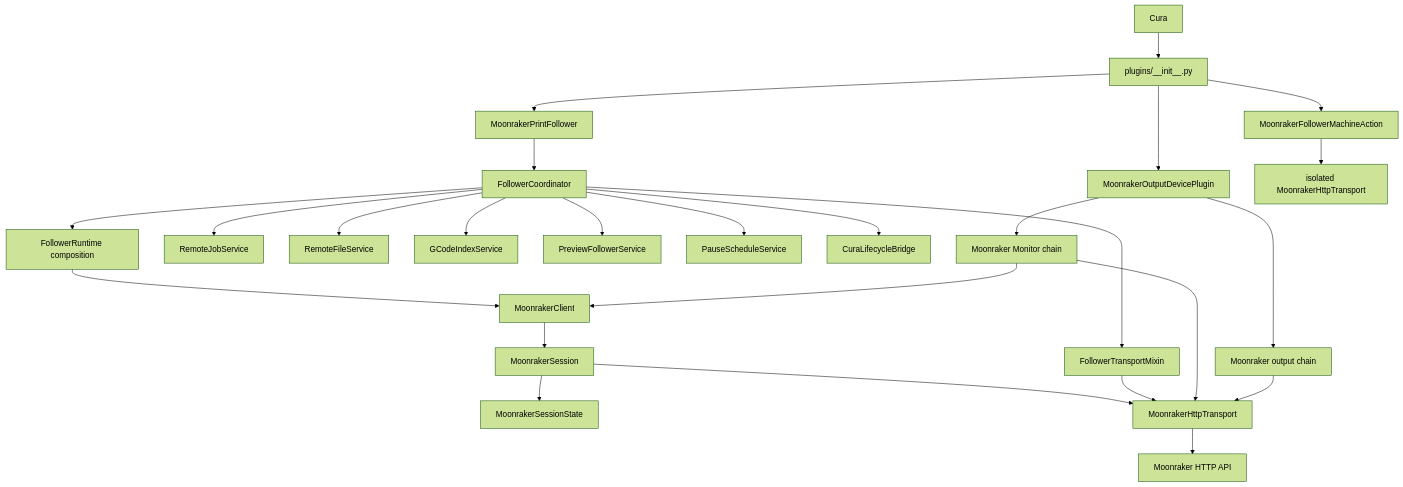
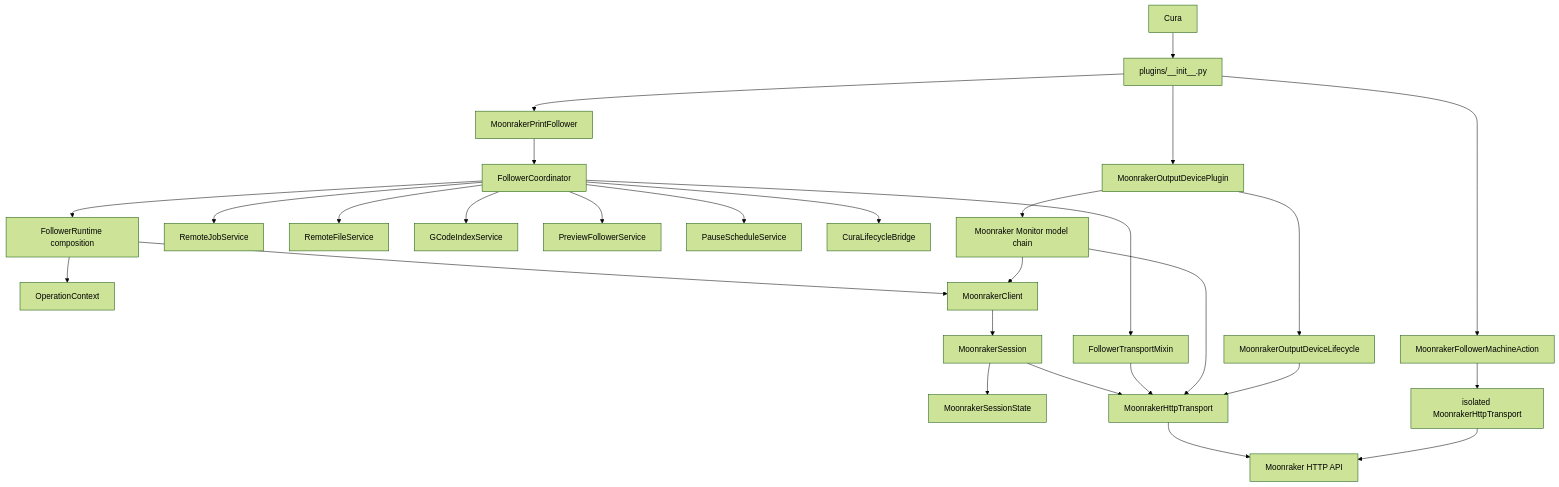
The first of 3 diagrams in ARCHITECTURE.md (shallax/MoonrakerPrintFollower), drawn with Mermaid (forest theme) before and after one commit. The commit also changed other lines of this file and 27 other files, not shown here.

````diff
--- a/ARCHITECTURE.md
+++ b/ARCHITECTURE.md
@@ -55,35 +60,37 @@
 ```mermaid
 flowchart TD
     Cura[Cura] --> Register[plugins/__init__.py]
 
     Register --> Facade[MoonrakerPrintFollower]
     Facade --> Coordinator[FollowerCoordinator]
     Coordinator --> Runtime[FollowerRuntime composition]
     Coordinator --> FollowerTransport[FollowerTransportMixin]
 
     Coordinator --> Job[RemoteJobService]
     Coordinator --> File[RemoteFileService]
     Coordinator --> Index[GCodeIndexService]
     Coordinator --> Preview[PreviewFollowerService]
     Coordinator --> Pause[PauseScheduleService]
     Coordinator --> Lifecycle[CuraLifecycleBridge]
 
+    Runtime --> Operation[OperationContext]
     Runtime --> Client[MoonrakerClient]
     Client --> Session[MoonrakerSession]
-    Session --> State[MoonrakerSessionState]
+    Session --> SessionState[MoonrakerSessionState]
     Session --> Transport[MoonrakerHttpTransport]
 
     Register --> OutputPlugin[MoonrakerOutputDevicePlugin]
-    OutputPlugin --> Output[Moonraker output chain]
-    OutputPlugin --> Monitor[Moonraker Monitor chain]
+    OutputPlugin --> Output[MoonrakerOutputDeviceLifecycle]
+    OutputPlugin --> Monitor[Moonraker Monitor model chain]
 
     FollowerTransport --> Transport
     Monitor --> Client
     Monitor --> Transport
     Output --> Transport
 
     Register --> MachineAction[MoonrakerFollowerMachineAction]
     MachineAction --> Probe[isolated MoonrakerHttpTransport]
 
     Transport --> Moonraker[Moonraker HTTP API]
+    Probe --> Moonraker
 ```
````
